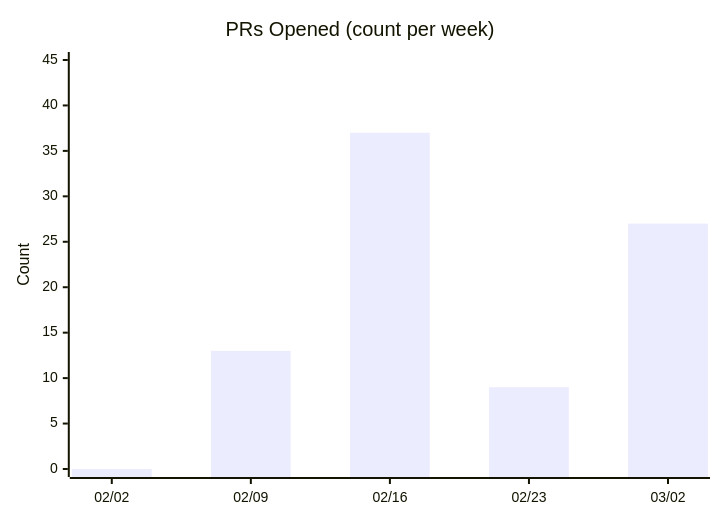
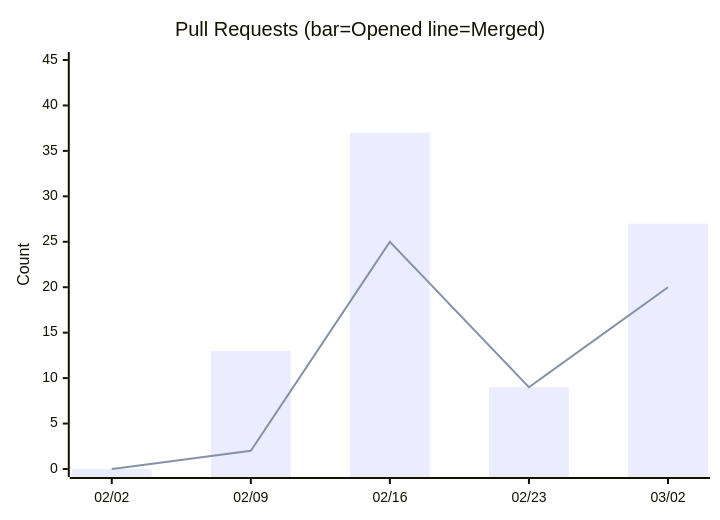
Before and after one commit to nablarch/nabledge-dev: the sixth of 11 diagrams in docs/metrics.md, drawn with Mermaid. The commit also changed other lines of this file and 2 other files, not shown here.

First line of the commit message:
fix: merge Issues and PRs charts, fix SLOC history deduplication

````diff
--- a/docs/metrics.md
+++ b/docs/metrics.md
@@ -82,7 +75,8 @@
 ```mermaid
 xychart-beta
-  title "PRs Opened (count per week)"
+  title "Pull Requests (bar=Opened  line=Merged)"
   x-axis ["02/02", "02/09", "02/16", "02/23", "03/02"]
   y-axis "Count" 0 --> 45
   bar [0, 13, 37, 9, 27]
+  line [0, 2, 25, 9, 20]
 ```
````
